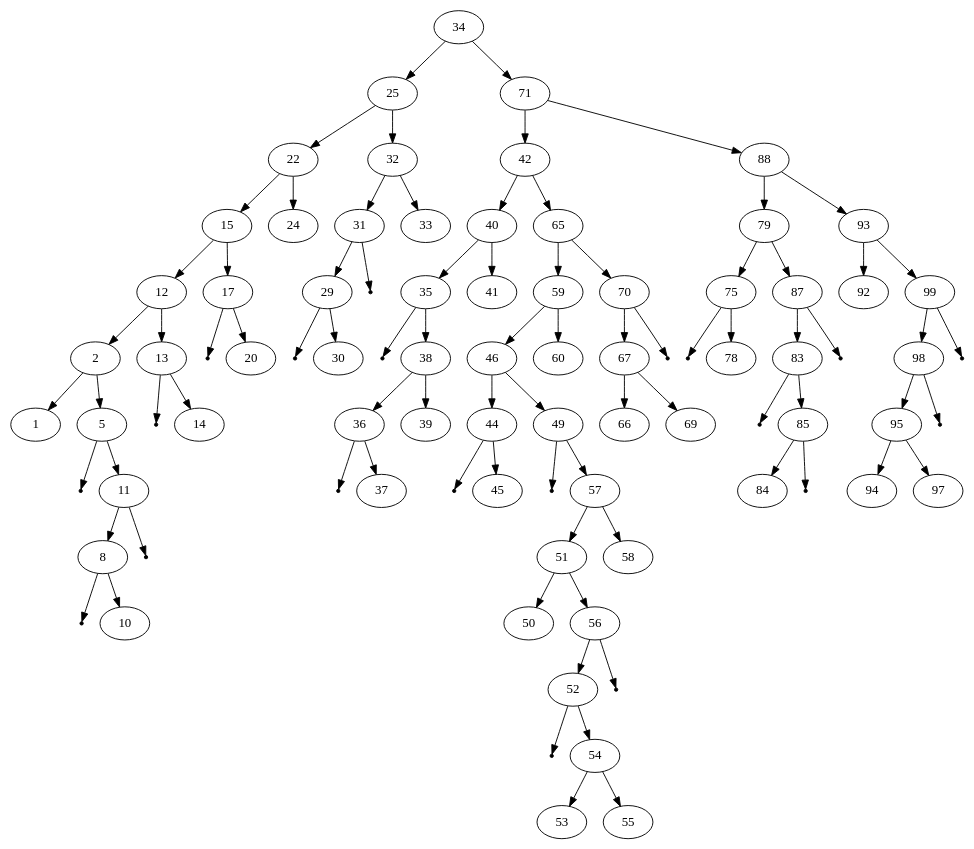
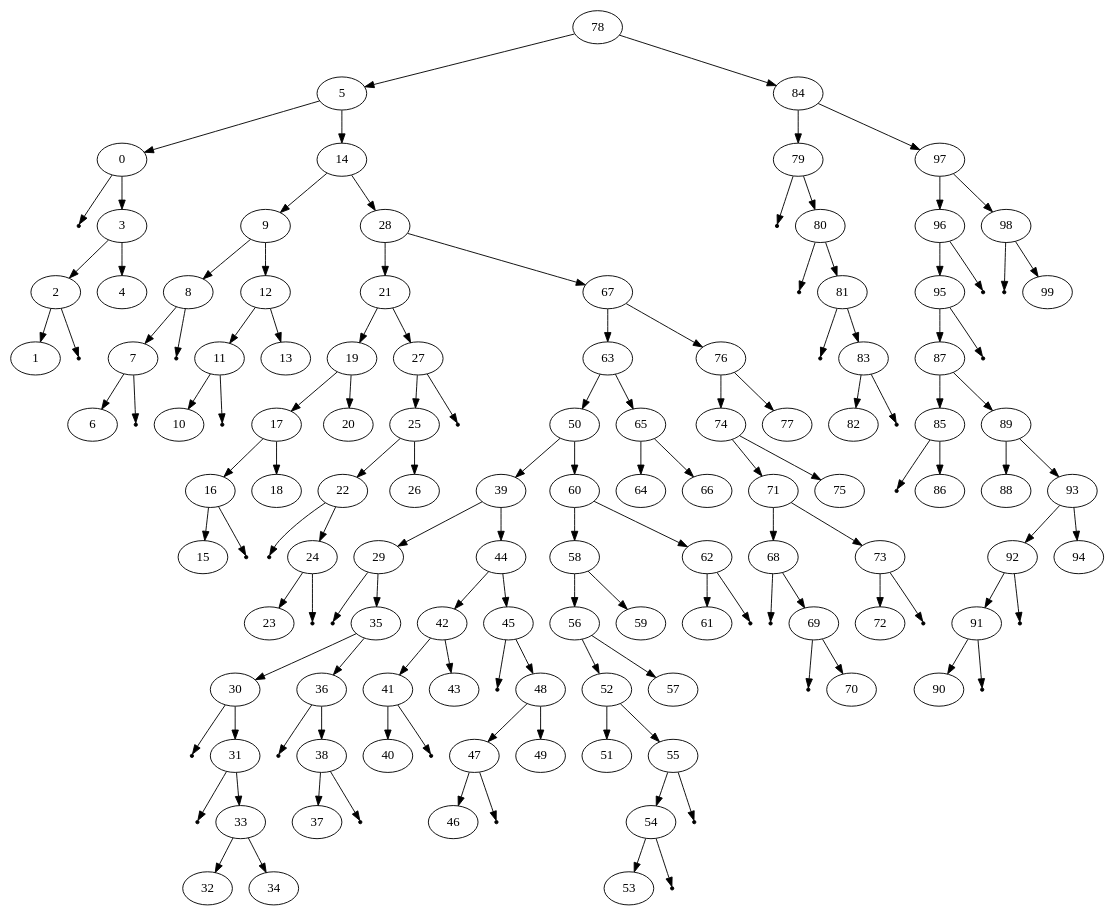
One commit to sniboboof/data-structures changed the diagram in other.dot. Above: the diagram before and after it, drawn with Graphviz. The commit also changed 5 other files, not shown here.

```diff
--- a/other.dot
+++ b/other.dot
@@ -1,107 +1,168 @@
 digraph G{
-	34;
-	34 -> 25;
+	78;
+	78 -> 5;
+	5 -> 0;
+	null839055793 [shape=point];
+	0 -> null839055793;
+	0 -> 3;
+	3 -> 2;
+	2 -> 1;
+	null459102135 [shape=point];
+	2 -> null459102135;
+	3 -> 4;
+	5 -> 14;
+	14 -> 9;
+	9 -> 8;
+	8 -> 7;
+	7 -> 6;
+	null603791225 [shape=point];
+	7 -> null603791225;
+	null63603322 [shape=point];
+	8 -> null63603322;
+	9 -> 12;
+	12 -> 11;
+	11 -> 10;
+	null642183942 [shape=point];
+	11 -> null642183942;
+	12 -> 13;
+	14 -> 28;
+	28 -> 21;
+	21 -> 19;
+	19 -> 17;
+	17 -> 16;
+	16 -> 15;
+	null250782560 [shape=point];
+	16 -> null250782560;
+	17 -> 18;
+	19 -> 20;
+	21 -> 27;
+	27 -> 25;
 	25 -> 22;
-	22 -> 15;
-	15 -> 12;
-	12 -> 2;
-	2 -> 1;
-	2 -> 5;
-	null891805979 [shape=point];
-	5 -> null891805979;
-	5 -> 11;
-	11 -> 8;
-	null528209074 [shape=point];
-	8 -> null528209074;
-	8 -> 10;
-	null653461124 [shape=point];
-	11 -> null653461124;
-	12 -> 13;
-	null414229943 [shape=point];
-	13 -> null414229943;
-	13 -> 14;
-	15 -> 17;
-	null574305165 [shape=point];
-	17 -> null574305165;
-	17 -> 20;
+	null467555714 [shape=point];
+	22 -> null467555714;
 	22 -> 24;
-	25 -> 32;
-	32 -> 31;
-	31 -> 29;
-	null154048821 [shape=point];
-	29 -> null154048821;
-	29 -> 30;
-	null597077266 [shape=point];
-	31 -> null597077266;
-	32 -> 33;
-	34 -> 71;
-	71 -> 42;
-	42 -> 40;
-	40 -> 35;
-	null85749568 [shape=point];
-	35 -> null85749568;
-	35 -> 38;
-	38 -> 36;
-	null51445143 [shape=point];
-	36 -> null51445143;
-	36 -> 37;
-	38 -> 39;
-	40 -> 41;
-	42 -> 65;
-	65 -> 59;
-	59 -> 46;
-	46 -> 44;
-	null523600403 [shape=point];
-	44 -> null523600403;
+	24 -> 23;
+	null793006079 [shape=point];
+	24 -> null793006079;
+	25 -> 26;
+	null420166966 [shape=point];
+	27 -> null420166966;
+	28 -> 67;
+	67 -> 63;
+	63 -> 50;
+	50 -> 39;
+	39 -> 29;
+	null590992288 [shape=point];
+	29 -> null590992288;
+	29 -> 35;
+	35 -> 30;
+	null797461393 [shape=point];
+	30 -> null797461393;
+	30 -> 31;
+	null409714442 [shape=point];
+	31 -> null409714442;
+	31 -> 33;
+	33 -> 32;
+	33 -> 34;
+	35 -> 36;
+	null858744561 [shape=point];
+	36 -> null858744561;
+	36 -> 38;
+	38 -> 37;
+	null583773415 [shape=point];
+	38 -> null583773415;
+	39 -> 44;
+	44 -> 42;
+	42 -> 41;
+	41 -> 40;
+	null941004929 [shape=point];
+	41 -> null941004929;
+	42 -> 43;
 	44 -> 45;
-	46 -> 49;
-	null99978478 [shape=point];
-	49 -> null99978478;
-	49 -> 57;
-	57 -> 51;
-	51 -> 50;
-	51 -> 56;
+	null896257278 [shape=point];
+	45 -> null896257278;
+	45 -> 48;
+	48 -> 47;
+	47 -> 46;
+	null598737786 [shape=point];
+	47 -> null598737786;
+	48 -> 49;
+	50 -> 60;
+	60 -> 58;
+	58 -> 56;
 	56 -> 52;
-	null743629366 [shape=point];
-	52 -> null743629366;
-	52 -> 54;
+	52 -> 51;
+	52 -> 55;
+	55 -> 54;
 	54 -> 53;
-	54 -> 55;
-	null854065547 [shape=point];
-	56 -> null854065547;
-	57 -> 58;
-	59 -> 60;
-	65 -> 70;
-	70 -> 67;
-	67 -> 66;
-	67 -> 69;
-	null440656742 [shape=point];
-	70 -> null440656742;
-	71 -> 88;
-	88 -> 79;
-	79 -> 75;
-	null152019376 [shape=point];
-	75 -> null152019376;
-	75 -> 78;
-	79 -> 87;
-	87 -> 83;
-	null492222144 [shape=point];
-	83 -> null492222144;
-	83 -> 85;
-	85 -> 84;
-	null93758430 [shape=point];
-	85 -> null93758430;
-	null298486775 [shape=point];
-	87 -> null298486775;
-	88 -> 93;
+	null492996950 [shape=point];
+	54 -> null492996950;
+	null101214877 [shape=point];
+	55 -> null101214877;
+	56 -> 57;
+	58 -> 59;
+	60 -> 62;
+	62 -> 61;
+	null976992027 [shape=point];
+	62 -> null976992027;
+	63 -> 65;
+	65 -> 64;
+	65 -> 66;
+	67 -> 76;
+	76 -> 74;
+	74 -> 71;
+	71 -> 68;
+	null202415049 [shape=point];
+	68 -> null202415049;
+	68 -> 69;
+	null127930625 [shape=point];
+	69 -> null127930625;
+	69 -> 70;
+	71 -> 73;
+	73 -> 72;
+	null931013475 [shape=point];
+	73 -> null931013475;
+	74 -> 75;
+	76 -> 77;
+	78 -> 84;
+	84 -> 79;
+	null389614975 [shape=point];
+	79 -> null389614975;
+	79 -> 80;
+	null704081811 [shape=point];
+	80 -> null704081811;
+	80 -> 81;
+	null696834330 [shape=point];
+	81 -> null696834330;
+	81 -> 83;
+	83 -> 82;
+	null219226028 [shape=point];
+	83 -> null219226028;
+	84 -> 97;
+	97 -> 96;
+	96 -> 95;
+	95 -> 87;
+	87 -> 85;
+	null206259868 [shape=point];
+	85 -> null206259868;
+	85 -> 86;
+	87 -> 89;
+	89 -> 88;
+	89 -> 93;
 	93 -> 92;
-	93 -> 99;
-	99 -> 98;
-	98 -> 95;
-	95 -> 94;
-	95 -> 97;
-	null394225855 [shape=point];
-	98 -> null394225855;
-	null403668148 [shape=point];
-	99 -> null403668148;
+	92 -> 91;
+	91 -> 90;
+	null393213699 [shape=point];
+	91 -> null393213699;
+	null150636742 [shape=point];
+	92 -> null150636742;
+	93 -> 94;
+	null994431379 [shape=point];
+	95 -> null994431379;
+	null691084774 [shape=point];
+	96 -> null691084774;
+	97 -> 98;
+	null844446836 [shape=point];
+	98 -> null844446836;
+	98 -> 99;
 }
```
